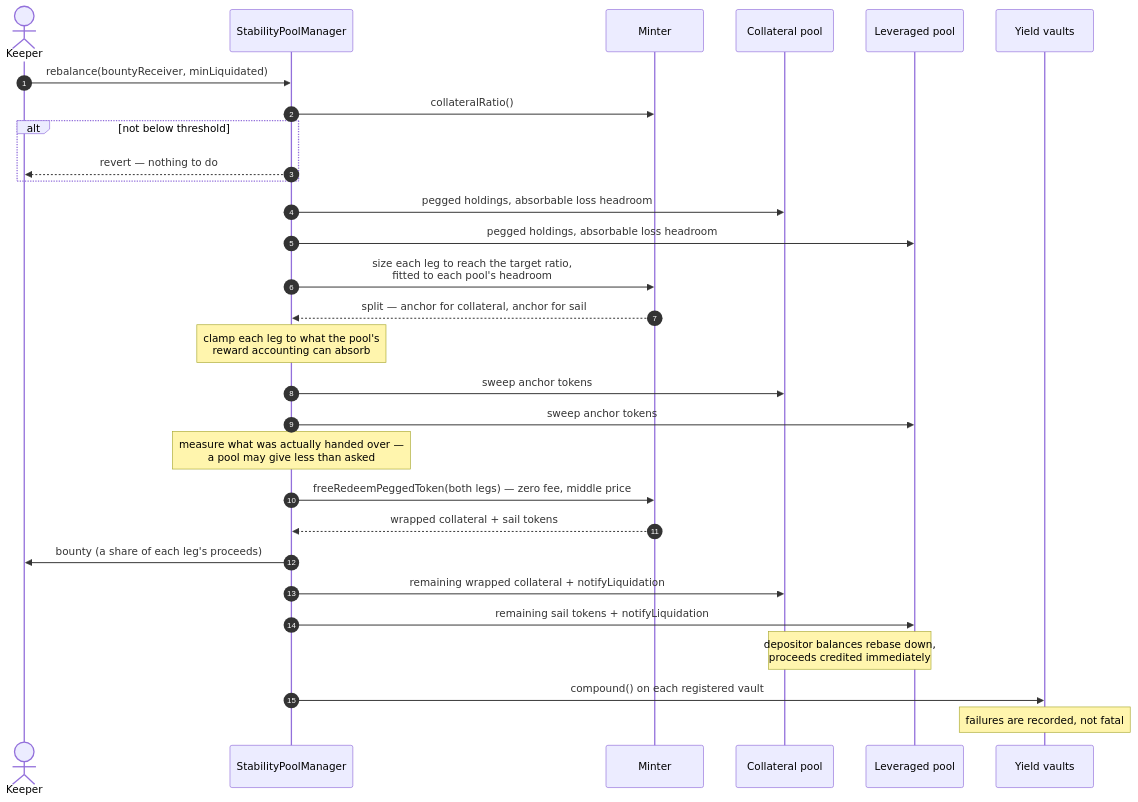
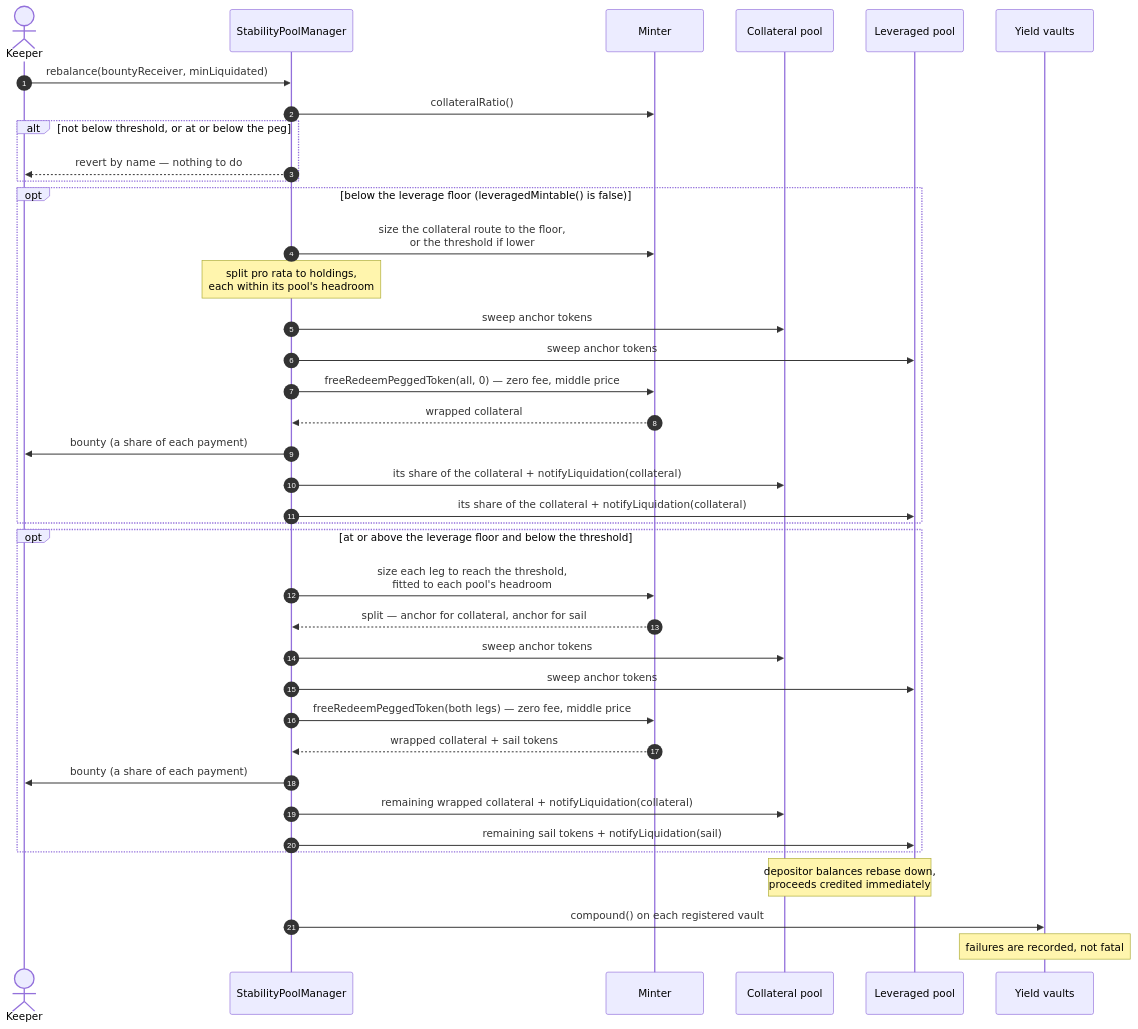
Before and after one commit to baofinance/harbor: the eighth of 16 diagrams in doc/functional-spec.md, drawn with Mermaid. The commit also changed other lines of this file and 14 other files, not shown here.

````diff
--- a/doc/functional-spec.md
+++ b/doc/functional-spec.md
@@ -1214,38 +1261,44 @@
 ```mermaid
 sequenceDiagram
     autonumber
     actor K as Keeper
     participant SPM as StabilityPoolManager
     participant M as Minter
     participant PC as Collateral pool
     participant PL as Leveraged pool
     participant YV as Yield vaults
 
     K->>SPM: rebalance(bountyReceiver, minLiquidated)
     SPM->>M: collateralRatio()
-    alt not below threshold
-        SPM-->>K: revert — nothing to do
+    alt not below threshold, or at or below the peg
+        SPM-->>K: revert by name — nothing to do
     end
 
-    SPM->>PC: pegged holdings, absorbable loss headroom
-    SPM->>PL: pegged holdings, absorbable loss headroom
-    SPM->>M: size each leg to reach the target ratio,<br/>fitted to each pool's headroom
-    M-->>SPM: split — anchor for collateral, anchor for sail
+    opt below the leverage floor (leveragedMintable() is false)
+        SPM->>M: size the collateral route to the floor,<br/>or the threshold if lower
+        note over SPM: split pro rata to holdings,<br/>each within its pool's headroom
+        SPM->>PC: sweep anchor tokens
+        SPM->>PL: sweep anchor tokens
+        SPM->>M: freeRedeemPeggedToken(all, 0) — zero fee, middle price
+        M-->>SPM: wrapped collateral
+        SPM->>K: bounty (a share of each payment)
+        SPM->>PC: its share of the collateral + notifyLiquidation(collateral)
+        SPM->>PL: its share of the collateral + notifyLiquidation(collateral)
+    end
 
-    note over SPM: clamp each leg to what the pool's<br/>reward accounting can absorb
-
-    SPM->>PC: sweep anchor tokens
-    SPM->>PL: sweep anchor tokens
-    note over SPM: measure what was actually handed over —<br/>a pool may give less than asked
-
-    SPM->>M: freeRedeemPeggedToken(both legs) — zero fee, middle price
-    M-->>SPM: wrapped collateral + sail tokens
-
-    SPM->>K: bounty (a share of each leg's proceeds)
-    SPM->>PC: remaining wrapped collateral + notifyLiquidation
-    SPM->>PL: remaining sail tokens + notifyLiquidation
+    opt at or above the leverage floor and below the threshold
+        SPM->>M: size each leg to reach the threshold,<br/>fitted to each pool's headroom
+        M-->>SPM: split — anchor for collateral, anchor for sail
+        SPM->>PC: sweep anchor tokens
+        SPM->>PL: sweep anchor tokens
+        SPM->>M: freeRedeemPeggedToken(both legs) — zero fee, middle price
+        M-->>SPM: wrapped collateral + sail tokens
+        SPM->>K: bounty (a share of each payment)
+        SPM->>PC: remaining wrapped collateral + notifyLiquidation(collateral)
+        SPM->>PL: remaining sail tokens + notifyLiquidation(sail)
+    end
     note over PC,PL: depositor balances rebase down,<br/>proceeds credited immediately
 
     SPM->>YV: compound() on each registered vault
     note over YV: failures are recorded, not fatal
 ```
````
